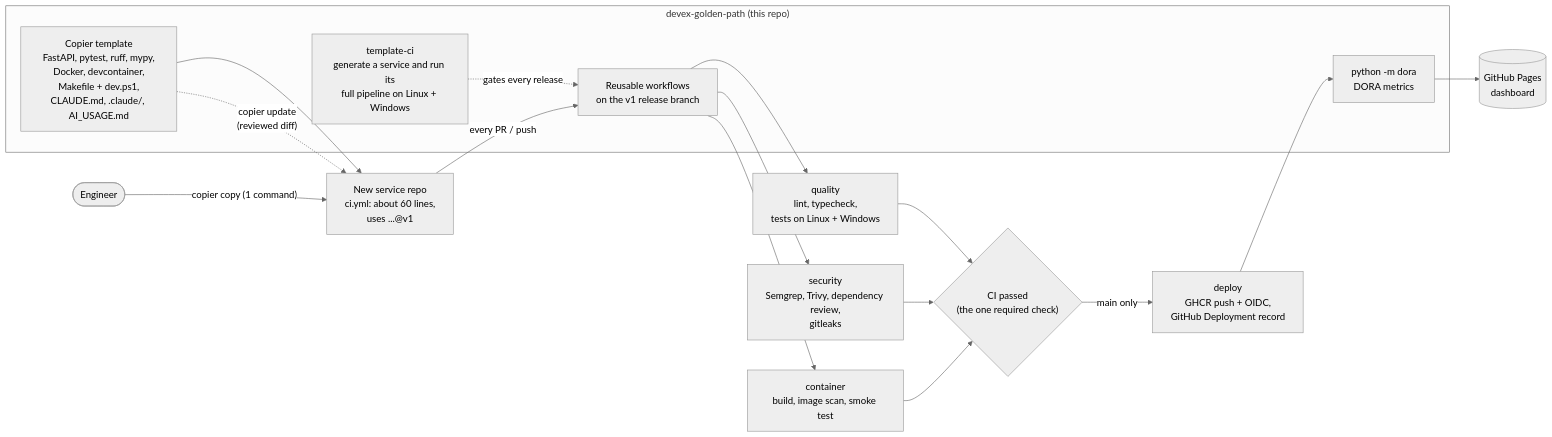
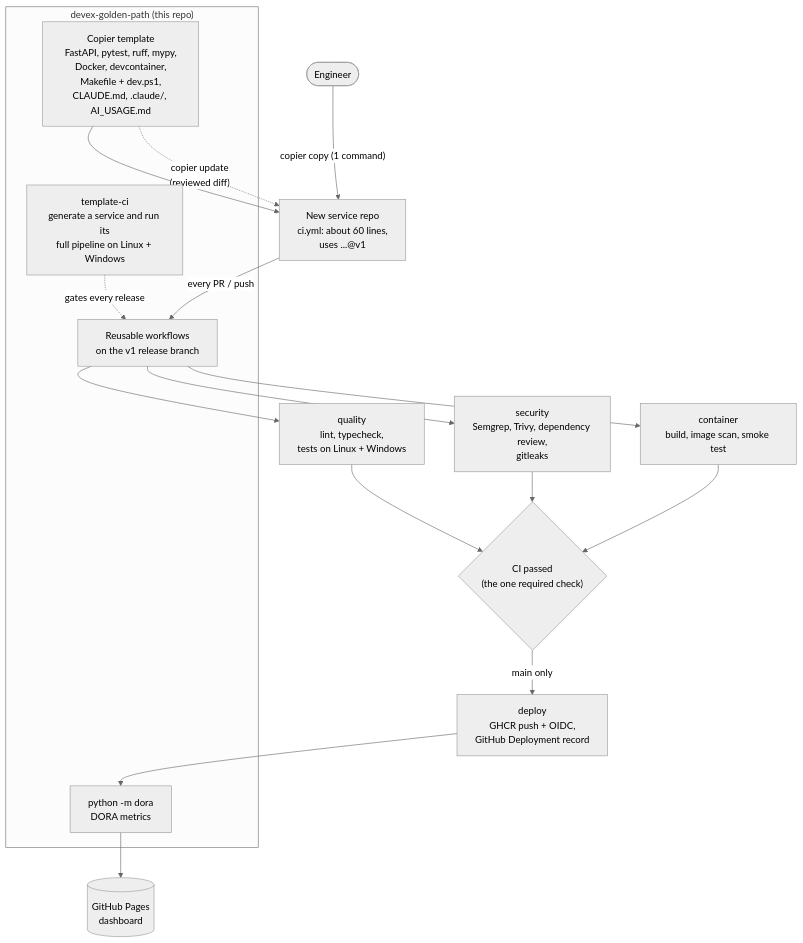
Before and after one commit to RidhanPar/devex-golden-path: the diagram in README.md, drawn with Mermaid (neutral theme).

Commit message:
README: top-to-bottom diagram so labels stay legible

````diff
--- a/README.md
+++ b/README.md
@@ -26,23 +26,23 @@
 ```mermaid
-flowchart LR
+flowchart TB
     dev([Engineer]) -->|"copier copy (1 command)"| svc
 
     subgraph gp["devex-golden-path (this repo)"]
         tpl["Copier template<br/>FastAPI, pytest, ruff, mypy,<br/>Docker, devcontainer,<br/>Makefile + dev.ps1,<br/>CLAUDE.md, .claude/, AI_USAGE.md"]
         wf["Reusable workflows<br/>on the v1 release branch"]
         tci["template-ci<br/>generate a service and run its<br/>full pipeline on Linux + Windows"]
         dora["python -m dora<br/>DORA metrics"]
         tci -. "gates every release" .-> wf
     end
 
     tpl --> svc["New service repo<br/>ci.yml: about 60 lines,<br/>uses ...@v1"]
     svc -->|"every PR / push"| wf
     wf --> q["quality<br/>lint, typecheck,<br/>tests on Linux + Windows"]
     wf --> s["security<br/>Semgrep, Trivy, dependency review,<br/>gitleaks"]
     wf --> c["container<br/>build, image scan, smoke test"]
     q & s & c --> gate{"CI passed<br/>(the one required check)"}
     gate -->|main only| dep["deploy<br/>GHCR push + OIDC,<br/>GitHub Deployment record"]
     dep --> dora
     dora --> pages[("GitHub Pages<br/>dashboard")]
     tpl -. "copier update<br/>(reviewed diff)" .-> svc
 ```
````
